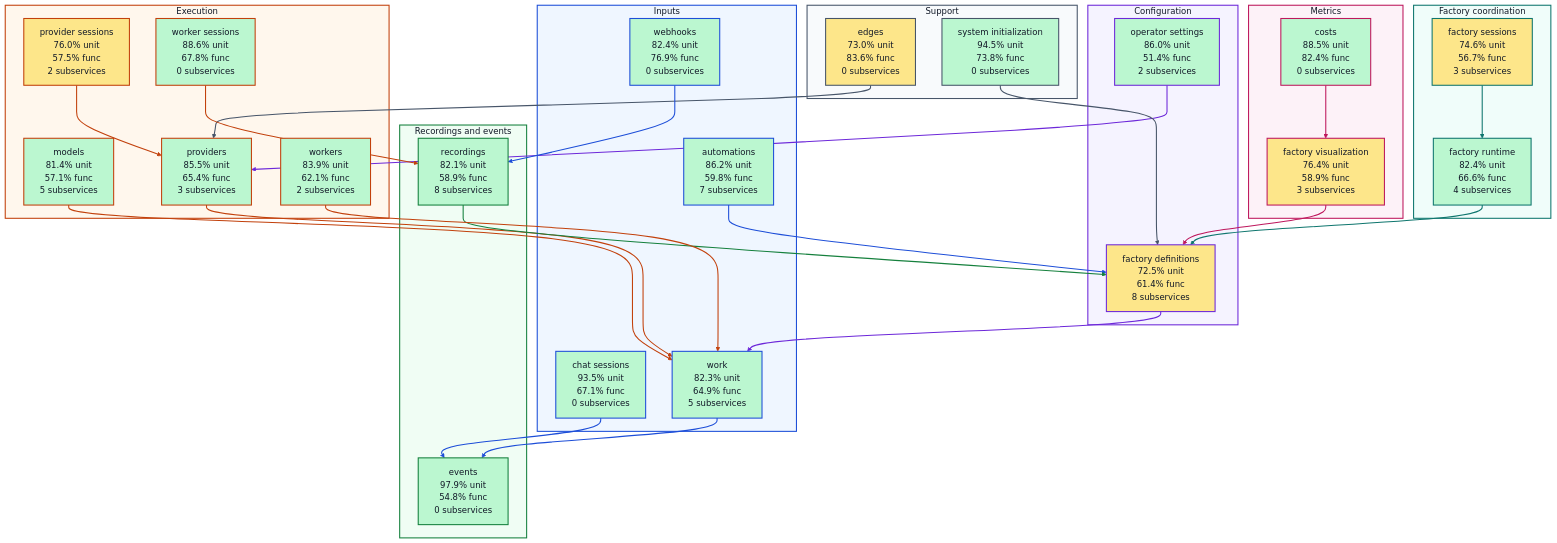
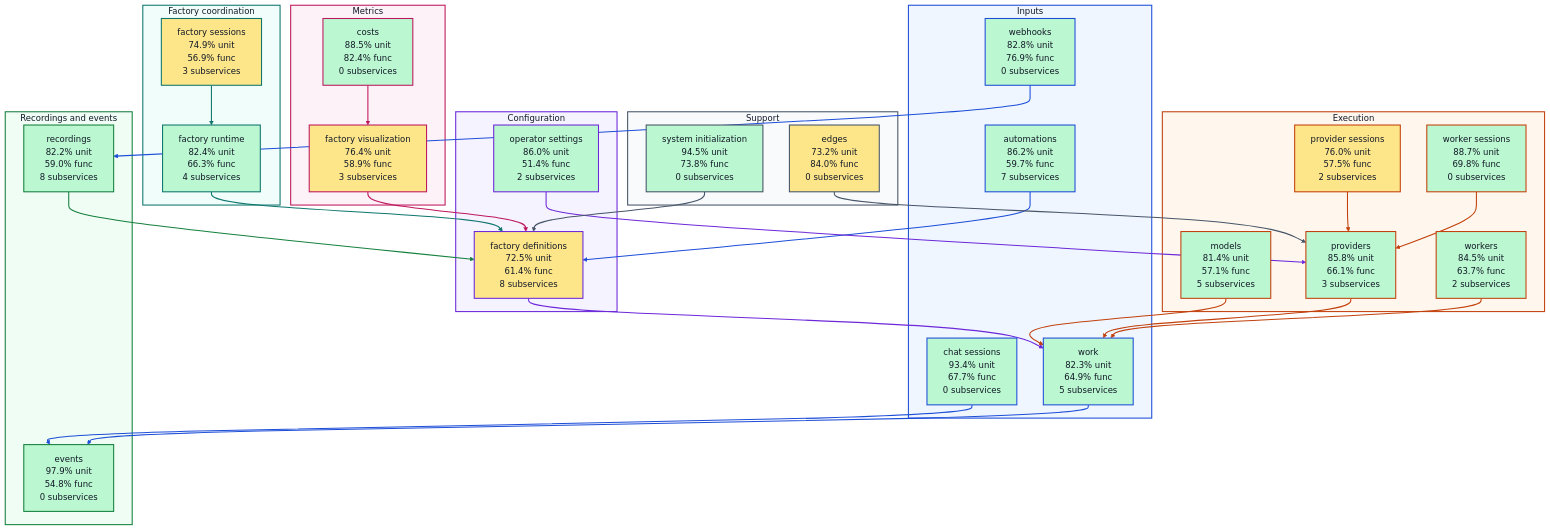
The diagram in docs/architecture/visualizations/high-level-test-coverage.md (portpowered/you-agent-factory), drawn with Mermaid before and after one commit. The commit also changed other lines of this file and 20 other files, not shown here.

Commit message:
docs: refresh backend architecture visualizations

````diff
--- a/docs/architecture/visualizations/high-level-test-coverage.md
+++ b/docs/architecture/visualizations/high-level-test-coverage.md
@@ -11,9 +11,9 @@
 ```mermaid
 flowchart TB
   subgraph input["Inputs"]
-    s_services_automations["automations<br/>86.2% unit<br/>59.8% func<br/>7 subservices"]
-    s_services_chat_sessions["chat sessions<br/>93.5% unit<br/>67.1% func<br/>0 subservices"]
-    s_services_webhooks["webhooks<br/>82.4% unit<br/>76.9% func<br/>0 subservices"]
+    s_services_automations["automations<br/>86.2% unit<br/>59.7% func<br/>7 subservices"]
+    s_services_chat_sessions["chat sessions<br/>93.4% unit<br/>67.7% func<br/>0 subservices"]
+    s_services_webhooks["webhooks<br/>82.8% unit<br/>76.9% func<br/>0 subservices"]
     s_services_work["work<br/>82.3% unit<br/>64.9% func<br/>5 subservices"]
   end
   subgraph configuration["Configuration"]
@@ -21,26 +21,26 @@
     s_services_operator_settings["operator settings<br/>86.0% unit<br/>51.4% func<br/>2 subservices"]
   end
   subgraph coordination["Factory coordination"]
-    s_services_factory_runtime["factory runtime<br/>82.4% unit<br/>66.6% func<br/>4 subservices"]
-    s_services_factory_sessions["factory sessions<br/>74.6% unit<br/>56.7% func<br/>3 subservices"]
+    s_services_factory_runtime["factory runtime<br/>82.4% unit<br/>66.3% func<br/>4 subservices"]
+    s_services_factory_sessions["factory sessions<br/>74.9% unit<br/>56.9% func<br/>3 subservices"]
   end
   subgraph execution["Execution"]
     s_services_models["models<br/>81.4% unit<br/>57.1% func<br/>5 subservices"]
     s_services_provider_sessions["provider sessions<br/>76.0% unit<br/>57.5% func<br/>2 subservices"]
-    s_services_providers["providers<br/>85.5% unit<br/>65.4% func<br/>3 subservices"]
-    s_services_worker_sessions["worker sessions<br/>88.6% unit<br/>67.8% func<br/>0 subservices"]
-    s_services_workers["workers<br/>83.9% unit<br/>62.1% func<br/>2 subservices"]
+    s_services_providers["providers<br/>85.8% unit<br/>66.1% func<br/>3 subservices"]
+    s_services_worker_sessions["worker sessions<br/>88.7% unit<br/>69.8% func<br/>0 subservices"]
+    s_services_workers["workers<br/>84.5% unit<br/>63.7% func<br/>2 subservices"]
   end
   subgraph recordings["Recordings and events"]
     s_services_events["events<br/>97.9% unit<br/>54.8% func<br/>0 subservices"]
-    s_services_recordings["recordings<br/>82.1% unit<br/>58.9% func<br/>8 subservices"]
+    s_services_recordings["recordings<br/>82.2% unit<br/>59.0% func<br/>8 subservices"]
   end
   subgraph metrics["Metrics"]
     s_services_costs["costs<br/>88.5% unit<br/>82.4% func<br/>0 subservices"]
     s_services_factory_visualization["factory visualization<br/>76.4% unit<br/>58.9% func<br/>3 subservices"]
   end
   subgraph support["Support"]
-    s_services_edges["edges<br/>73.0% unit<br/>83.6% func<br/>0 subservices"]
+    s_services_edges["edges<br/>73.2% unit<br/>84.0% func<br/>0 subservices"]
     s_services_system_initialization["system initialization<br/>94.5% unit<br/>73.8% func<br/>0 subservices"]
   end
   s_services_automations --> s_services_factory_definitions
@@ -59,7 +59,7 @@
   s_services_system_initialization --> s_services_factory_definitions
   s_services_webhooks --> s_services_recordings
   s_services_work --> s_services_events
-  s_services_worker_sessions --> s_services_recordings
+  s_services_worker_sessions --> s_services_providers
   s_services_workers --> s_services_work
   style s_services_automations fill:#bbf7d0,stroke:#1d4ed8,stroke-width:2px,color:#111827
   style s_services_chat_sessions fill:#bbf7d0,stroke:#1d4ed8,stroke-width:2px,color:#111827
````
